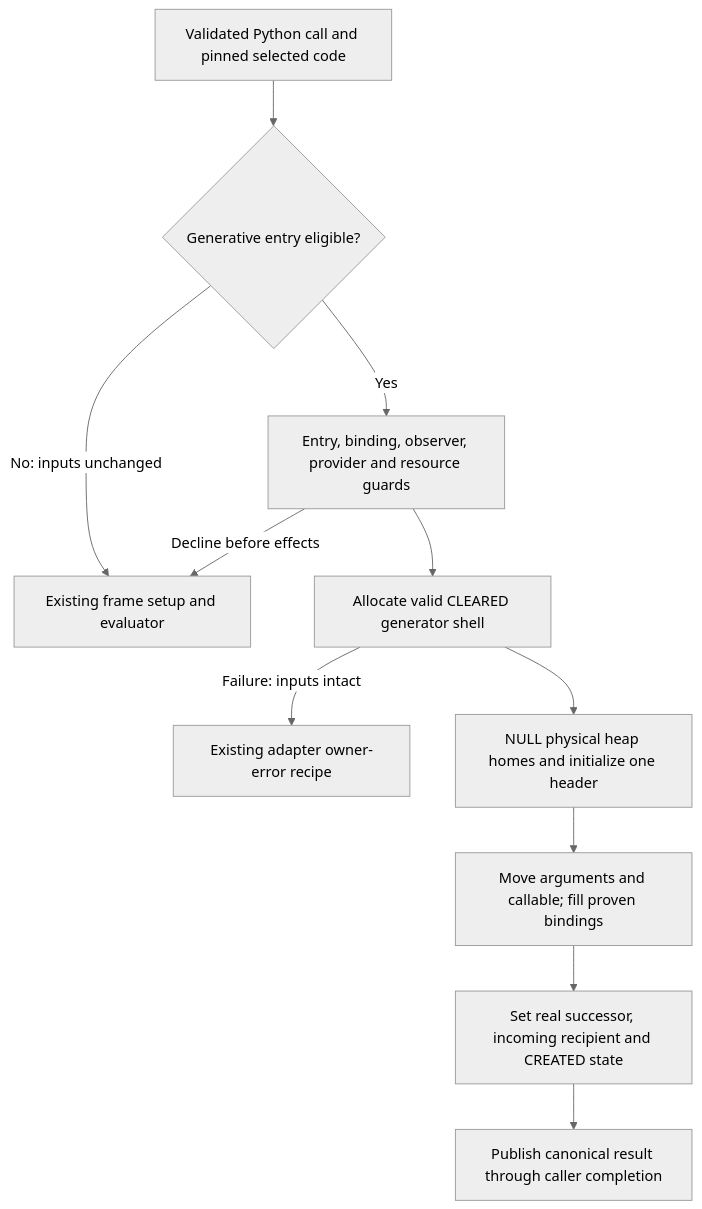
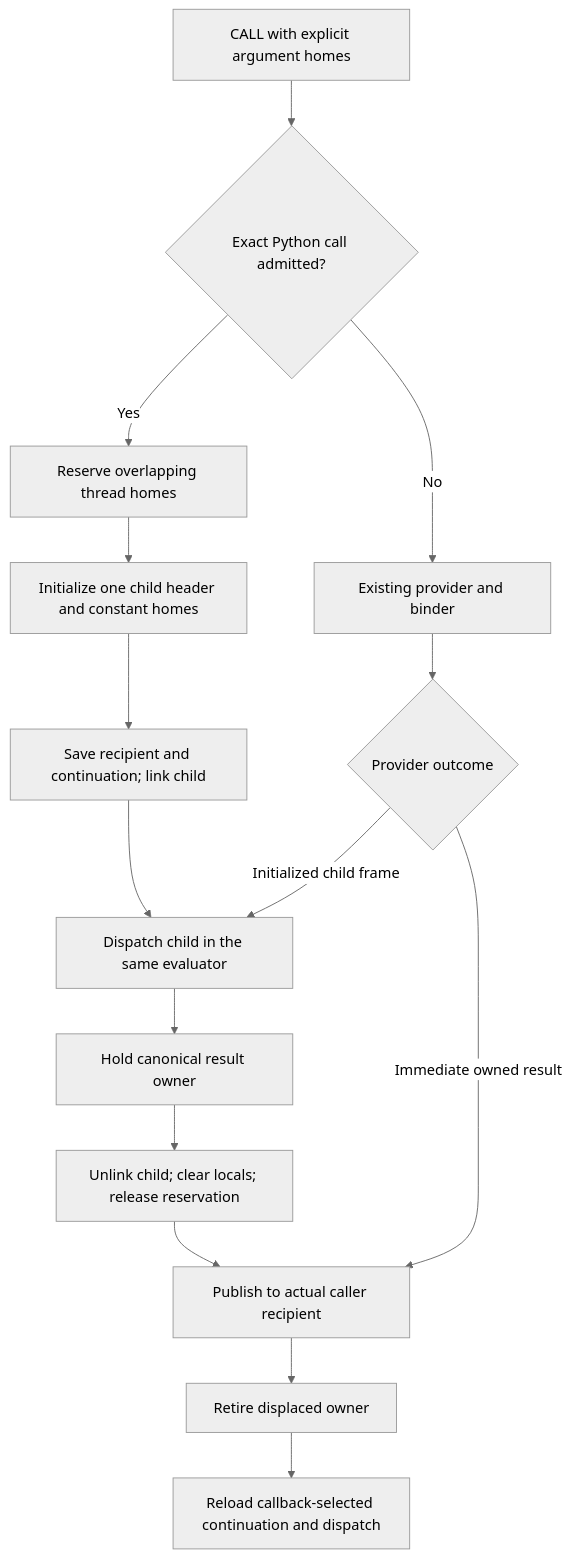
Before and after one commit to rjpower/cpython: the first of 3 diagrams in pyjit/design/activation-transfers.md, drawn with Mermaid (neutral theme). The commit also changed other lines of this file and 30 other files, not shown here.

````diff
--- a/pyjit/design/activation-transfers.md
+++ b/pyjit/design/activation-transfers.md
@@ -30,13 +21,17 @@
 ```mermaid
 flowchart TD
-    call[Validated Python call and pinned selected code] --> eligible{Generative entry eligible?}
-    eligible -->|No: inputs unchanged| ordinary[Existing frame setup and evaluator]
-    eligible -->|Yes| guards[Entry, binding, observer, provider and resource guards]
-    guards -->|Decline before effects| ordinary
-    guards --> allocate[Allocate valid CLEARED generator shell]
-    allocate -->|Failure: inputs intact| error[Existing adapter owner-error recipe]
-    allocate --> homes[NULL physical heap homes and initialize one header]
-    homes --> move[Move arguments and callable; fill proven bindings]
-    move --> seal[Set real successor, incoming recipient and CREATED state]
-    seal --> complete[Publish canonical result through caller completion]
+    call[CALL with explicit argument homes] --> admit{Exact Python call admitted?}
+    admit -->|No| generic[Existing provider and binder]
+    admit -->|Yes| storage[Reserve overlapping thread homes]
+    storage --> init[Initialize one child header and constant homes]
+    init --> enter[Save recipient and continuation; link child]
+    enter --> dispatch[Dispatch child in the same evaluator]
+    dispatch --> result[Hold canonical result owner]
+    result --> retire[Unlink child; clear locals; release reservation]
+    retire --> publish[Publish to actual caller recipient]
+    publish --> close[Retire displaced owner]
+    close --> resume[Reload callback-selected continuation and dispatch]
+    generic --> outcome{Provider outcome}
+    outcome -->|Initialized child frame| dispatch
+    outcome -->|Immediate owned result| publish
 ```
````
